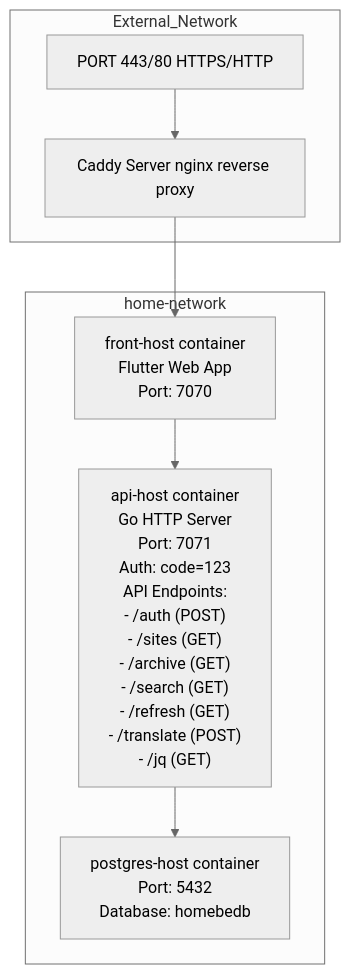
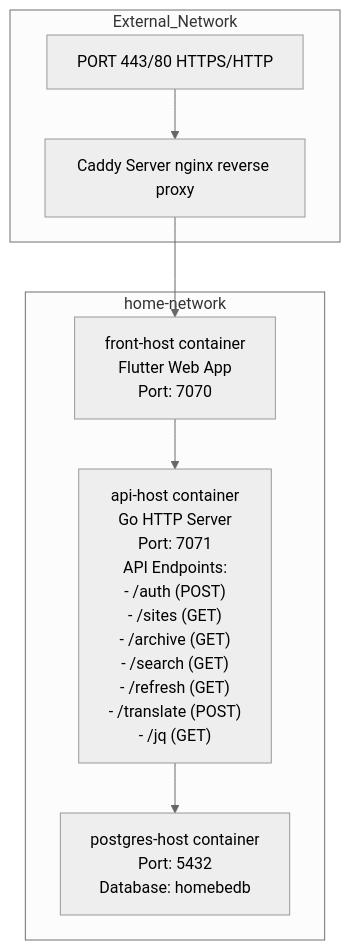
Before and after one commit to janevala/home_fe: the diagram in DOC.md, drawn with Mermaid (neutral theme).

````diff
--- a/DOC.md
+++ b/DOC.md
@@ -46,18 +46,18 @@
 ```mermaid
 graph TB
     subgraph External_Network
         A["Caddy Server nginx reverse proxy"]
         B["PORT 443/80 HTTPS/HTTP"]
     end
     
     subgraph Docker_Network["home-network"]
         D["front-host container<br/>Flutter Web App<br/>Port: 7070"]
-        C["api-host container<br/>Go HTTP Server<br/>Port: 7071<br/>Auth: code=123<br/>API Endpoints:<br/>- /auth (POST)<br/>- /sites (GET)<br/>- /archive (GET)<br/>- /search (GET)<br/>- /refresh (GET)<br/>- /translate (POST)<br/>- /jq (GET)"]
+        C["api-host container<br/>Go HTTP Server<br/>Port: 7071<br/>API Endpoints:<br/>- /auth (POST)<br/>- /sites (GET)<br/>- /archive (GET)<br/>- /search (GET)<br/>- /refresh (GET)<br/>- /translate (POST)<br/>- /jq (GET)"]
         E["postgres-host container<br/>Port: 5432<br/>Database: homebedb"]
     end
     
     B --> A
     A --> D
     D --> C
     C --> E
 ```
````
